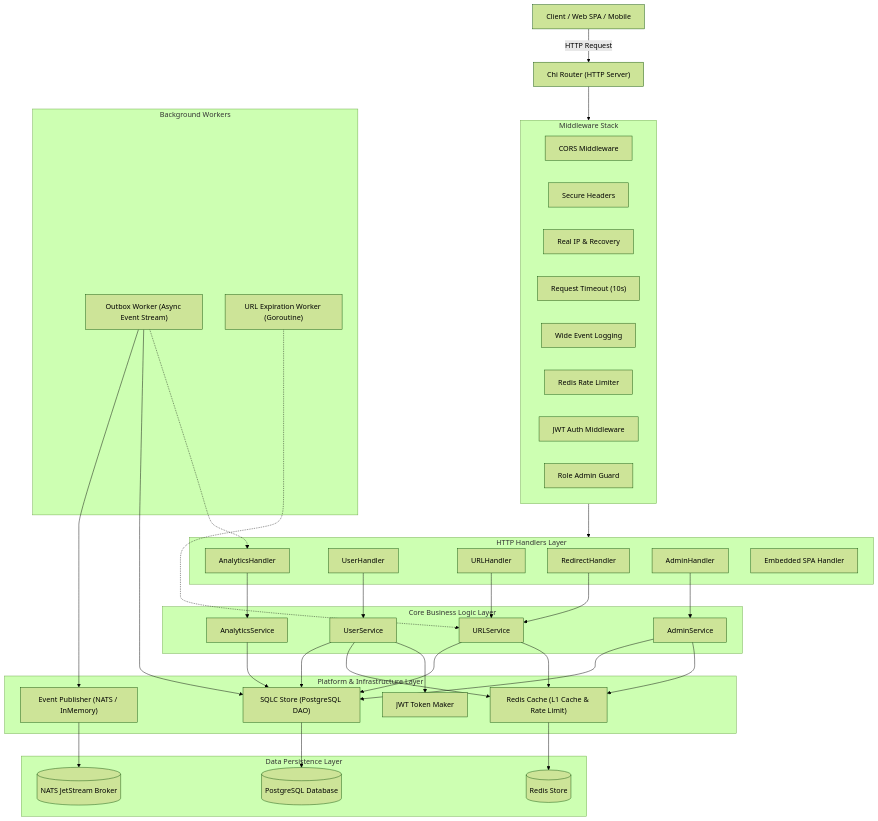
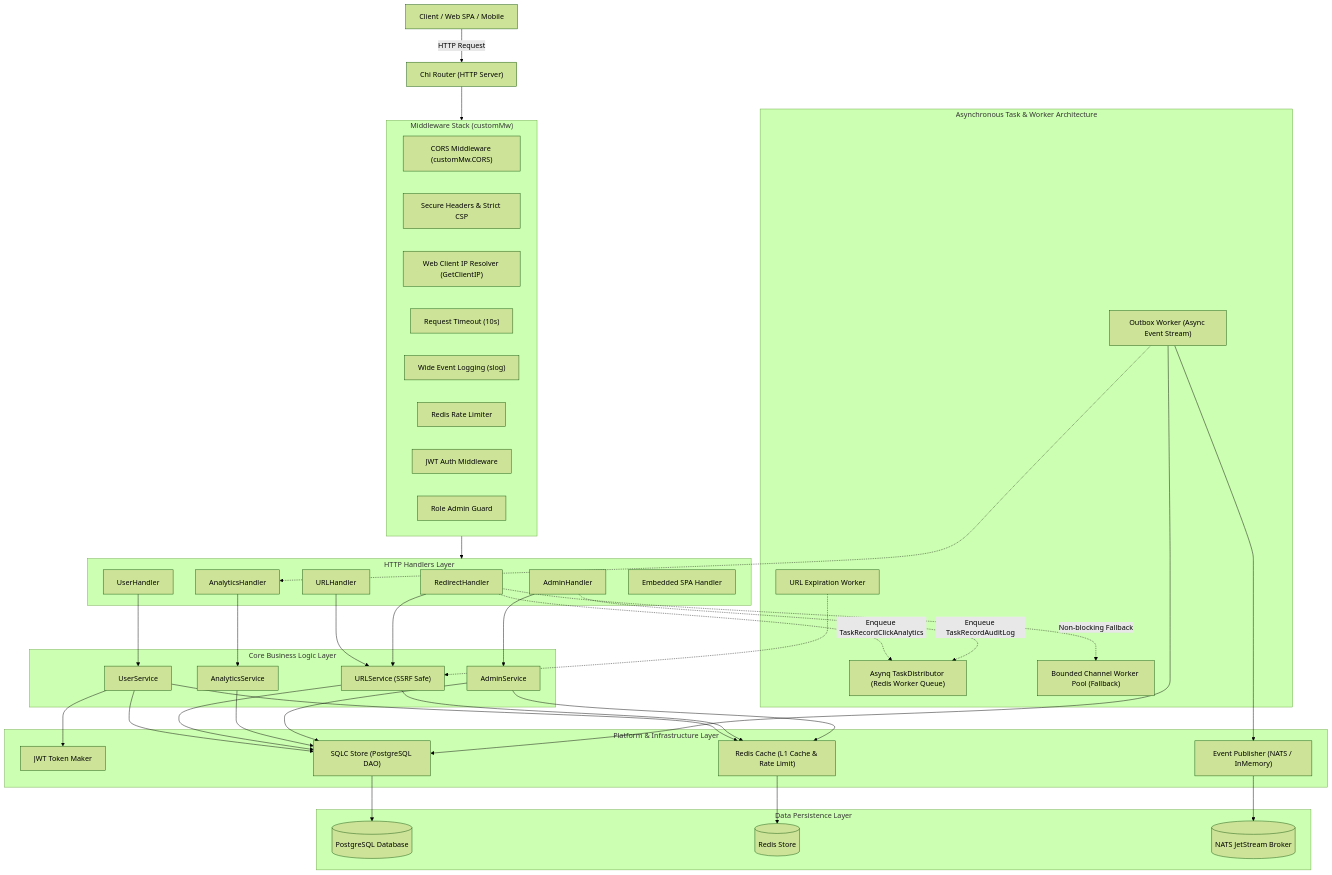
One commit to semmidev/url-shortener changed the first of 2 diagrams in README.md. Above: the diagram before and after it, drawn with Mermaid (forest theme). The commit also changed other lines of this file, not shown here.

First line of the commit message:
docs(readme): memperbarui dokumentasi arsitektur, worker queue, dan CI security pipelines

```diff
--- a/README.md
+++ b/README.md
@@ -93,12 +100,12 @@
 graph TD
     Client["Client / Web SPA / Mobile"] --> |HTTP Request| Router["Chi Router (HTTP Server)"]
 
-    subgraph MiddlewareStack["Middleware Stack"]
-        CORS["CORS Middleware"]
-        SecureHeaders["Secure Headers"]
-        RealIP["Real IP & Recovery"]
+    subgraph MiddlewareStack["Middleware Stack (customMw)"]
+        CORS["CORS Middleware (customMw.CORS)"]
+        SecureHeaders["Secure Headers & Strict CSP"]
+        ClientIP["Web Client IP Resolver (GetClientIP)"]
         Timeout["Request Timeout (10s)"]
-        LoggerMW["Wide Event Logging"]
+        LoggerMW["Wide Event Logging (slog)"]
         RateLimiter["Redis Rate Limiter"]
         AuthMW["JWT Auth Middleware"]
         RoleMW["Role Admin Guard"]
@@ -119,7 +126,7 @@
 
     subgraph Services["Core Business Logic Layer"]
         UserSvc["UserService"]
-        URLSvc["URLService"]
+        URLSvc["URLService (SSRF Safe)"]
         AnalyticsSvc["AnalyticsService"]
         AdminSvc["AdminService"]
     end
@@ -130,10 +137,16 @@
     AnalyticsH --> AnalyticsSvc
     AdminH --> AdminSvc
 
-    subgraph BackgroundWorkers["Background Workers"]
+    subgraph WorkerQueues["Asynchronous Task & Worker Architecture"]
+        TaskDistributor["Asynq TaskDistributor (Redis Worker Queue)"]
+        BoundedFallback["Bounded Channel Worker Pool (Fallback)"]
         OutboxWorker["Outbox Worker (Async Event Stream)"]
-        CleanupWorker["URL Expiration Worker (Goroutine)"]
+        CleanupWorker["URL Expiration Worker"]
     end
+
+    RedirectH -.->|Enqueue TaskRecordClickAnalytics| TaskDistributor
+    RedirectH -.->|Non-blocking Fallback| BoundedFallback
+    AdminH -.->|Enqueue TaskRecordAuditLog| TaskDistributor
 
     CleanupWorker -.-> URLSvc
     OutboxWorker -.-> AnalyticsH
```
